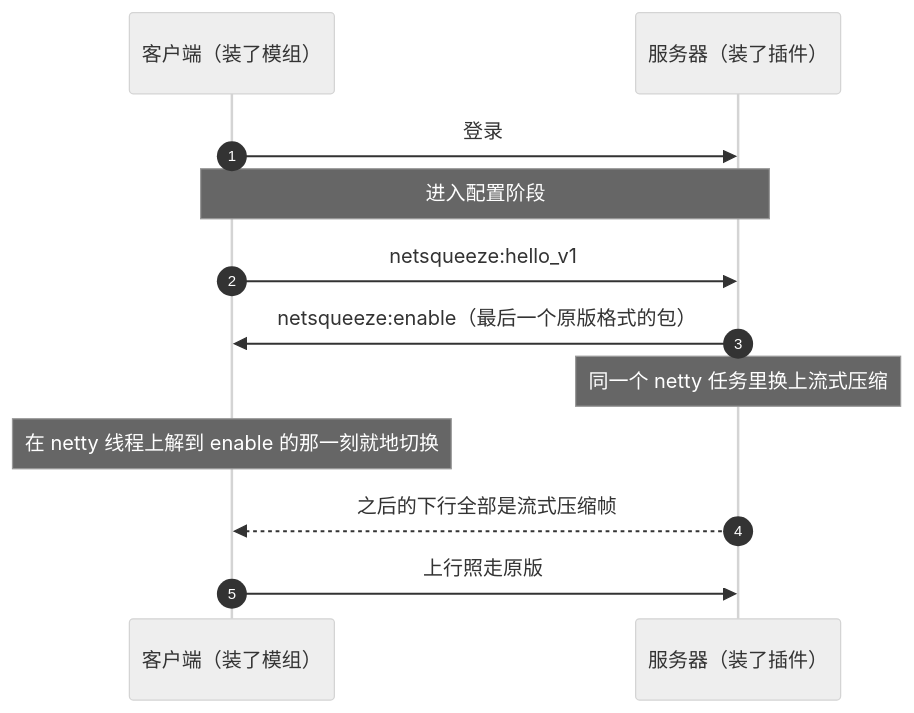
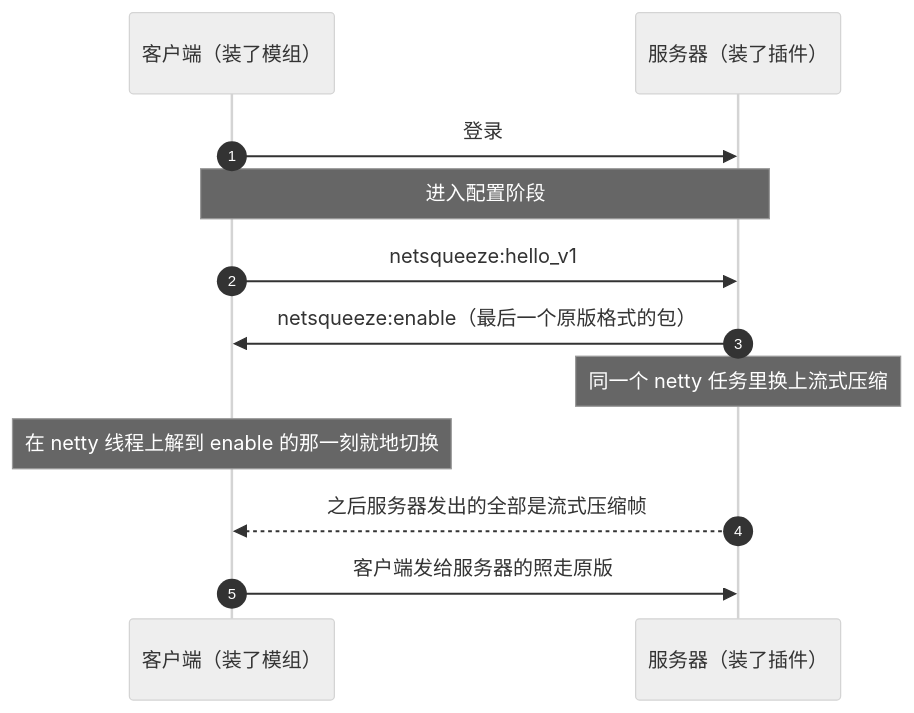
Before and after one commit to GoldenCarrotMCS/NetSqueeze_Plus: the third of 3 diagrams in README.md, drawn with Mermaid (neutral theme). The commit also changed other lines of this file and 1 other file, not shown here.

````diff
--- a/README.md
+++ b/README.md
@@ -126,14 +128,14 @@
 ```mermaid
 sequenceDiagram
     autonumber
     participant C as 客户端（装了模组）
     participant S as 服务器（装了插件）
     C->>S: 登录
     Note over C,S: 进入配置阶段
     C->>S: netsqueeze:hello_v1
     S->>C: netsqueeze:enable（最后一个原版格式的包）
     Note over S: 同一个 netty 任务里换上流式压缩
     Note over C: 在 netty 线程上解到 enable 的那一刻就地切换
-    S-->>C: 之后的下行全部是流式压缩帧
-    C->>S: 上行照走原版
+    S-->>C: 之后服务器发出的全部是流式压缩帧
+    C->>S: 客户端发给服务器的照走原版
 ```
````
